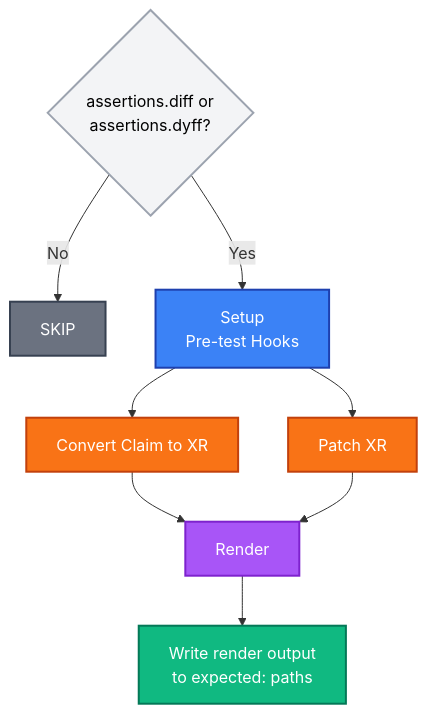
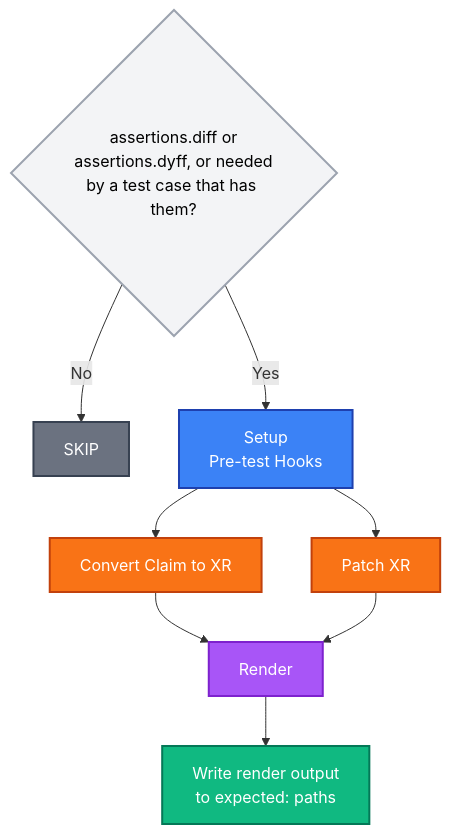
One commit to crossplane-contrib/xprin changed the third of 3 diagrams in docs/how-it-works.md. Above: the diagram before and after it, drawn with Mermaid. The commit also changed other lines of this file and 8 other files, not shown here.

````diff
--- a/docs/how-it-works.md
+++ b/docs/how-it-works.md
@@ -678,19 +678,19 @@
 ```mermaid
 flowchart TD
-    A{"assertions.diff or<br/>assertions.dyff?"}
+    A{"assertions.diff or<br/>assertions.dyff, or needed<br/>by a test case that has them?"}
     A -->|No| B["SKIP"]
     A -->|Yes| C["Setup<br/>Pre-test Hooks"]
     C --> D[Convert Claim to XR]
     C --> E[Patch XR]
     D --> F[Render]
     E --> F
     F --> G["Write render output<br/>to expected: paths"]
 
     style A fill:#f3f4f6,stroke:#9ca3af,stroke-width:2px,color:#000
     style B fill:#6b7280,stroke:#374151,stroke-width:2px,color:#fff
     style C fill:#3b82f6,stroke:#1e40af,stroke-width:2px,color:#fff
     style D fill:#f97316,stroke:#c2410c,stroke-width:2px,color:#fff
     style E fill:#f97316,stroke:#c2410c,stroke-width:2px,color:#fff
     style F fill:#a855f7,stroke:#7e22ce,stroke-width:2px,color:#fff
     style G fill:#10b981,stroke:#047857,stroke-width:2px,color:#fff
 ```
````
